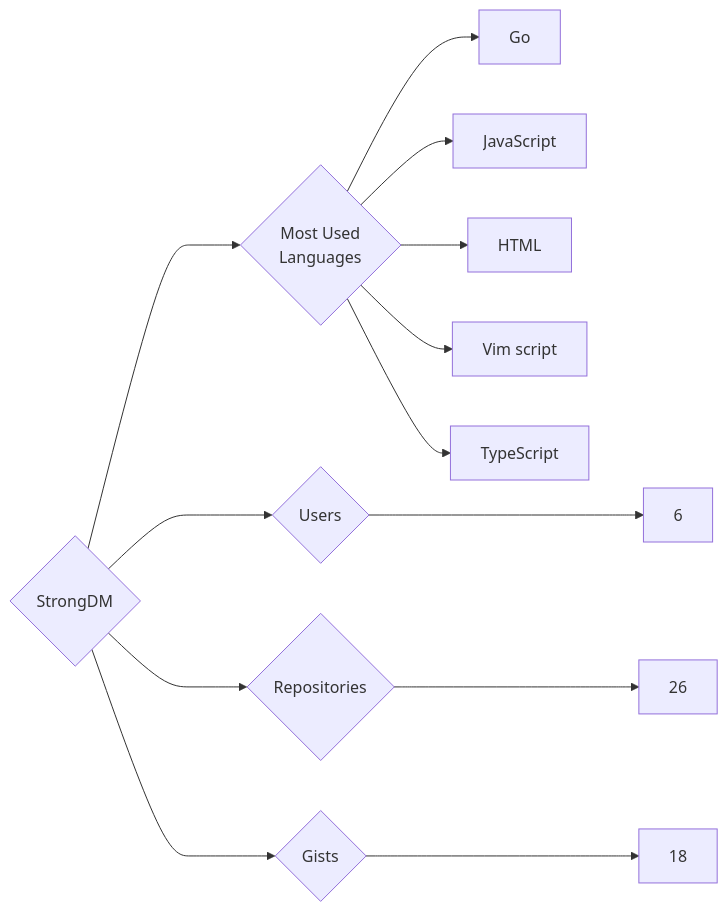
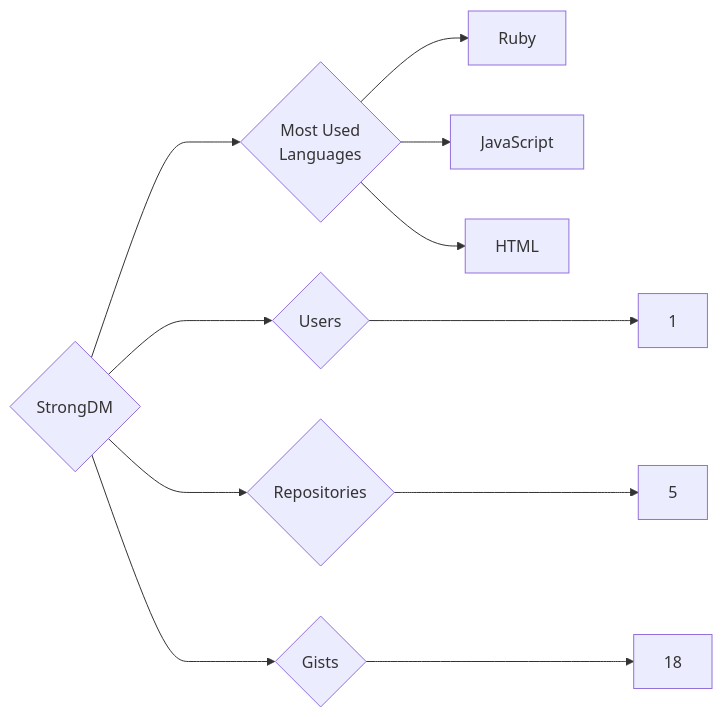
The diagram in targets/StrongDM/README.md (trickest/insiders), drawn with Mermaid before and after one commit. The commit also changed 794 other files, not shown here.

````diff
--- a/targets/StrongDM/README.md
+++ b/targets/StrongDM/README.md
@@ -3,13 +3,11 @@
 ```mermaid
 graph LR
 COMPANY_NAME{StrongDM}
-COMPANY_NAME ---> U{Users} ---> UN[6]
-COMPANY_NAME ---> R{Repositories} ---> RN[26]
+COMPANY_NAME ---> U{Users} ---> UN[1]
+COMPANY_NAME ---> R{Repositories} ---> RN[5]
 COMPANY_NAME ---> G{Gists} ---> GN[18]
 COMPANY_NAME ---> ML{Most Used<br>Languages}
-ML --> Go[Go]
+ML --> Ruby[Ruby]
 ML --> JavaScript[JavaScript]
 ML --> HTML[HTML]
-ML --> Vim_script[Vim script]
-ML --> TypeScript[TypeScript]
 ```
````
